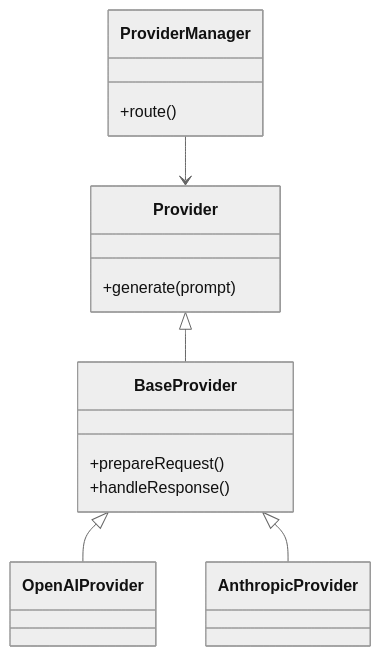
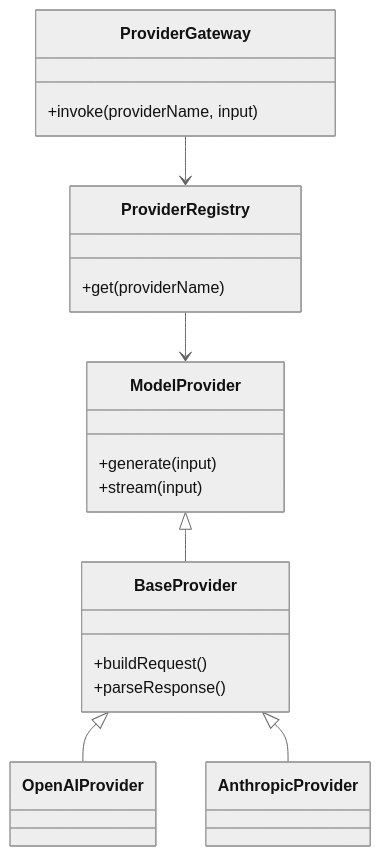
The second of 2 diagrams in 7.提示词与AI协作/分析维度与标准出图/代码图.md (amuqiao/FastAPI-MVC), drawn with Mermaid (neutral theme) before and after one commit. The commit also changed other lines of this file and 23 other files, not shown here.

````diff
--- a/7.提示词与AI协作/分析维度与标准出图/代码图.md
+++ b/7.提示词与AI协作/分析维度与标准出图/代码图.md
@@ -50,20 +65,25 @@
 ```mermaid
 classDiagram
-    class Provider {
-      +generate(prompt)
+    class ModelProvider {
+      +generate(input)
+      +stream(input)
     }
     class BaseProvider {
-      +prepareRequest()
-      +handleResponse()
+      +buildRequest()
+      +parseResponse()
     }
     class OpenAIProvider
     class AnthropicProvider
-    class ProviderManager {
-      +route()
+    class ProviderRegistry {
+      +get(providerName)
+    }
+    class ProviderGateway {
+      +invoke(providerName, input)
     }
 
-    Provider <|-- BaseProvider
+    ModelProvider <|-- BaseProvider
     BaseProvider <|-- OpenAIProvider
     BaseProvider <|-- AnthropicProvider
-    ProviderManager --> Provider
+    ProviderRegistry --> ModelProvider
+    ProviderGateway --> ProviderRegistry
 ```
````
